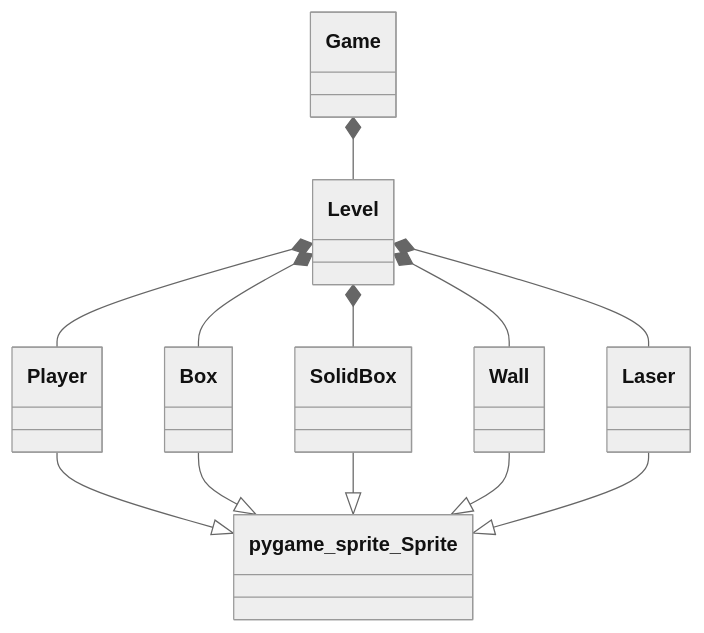
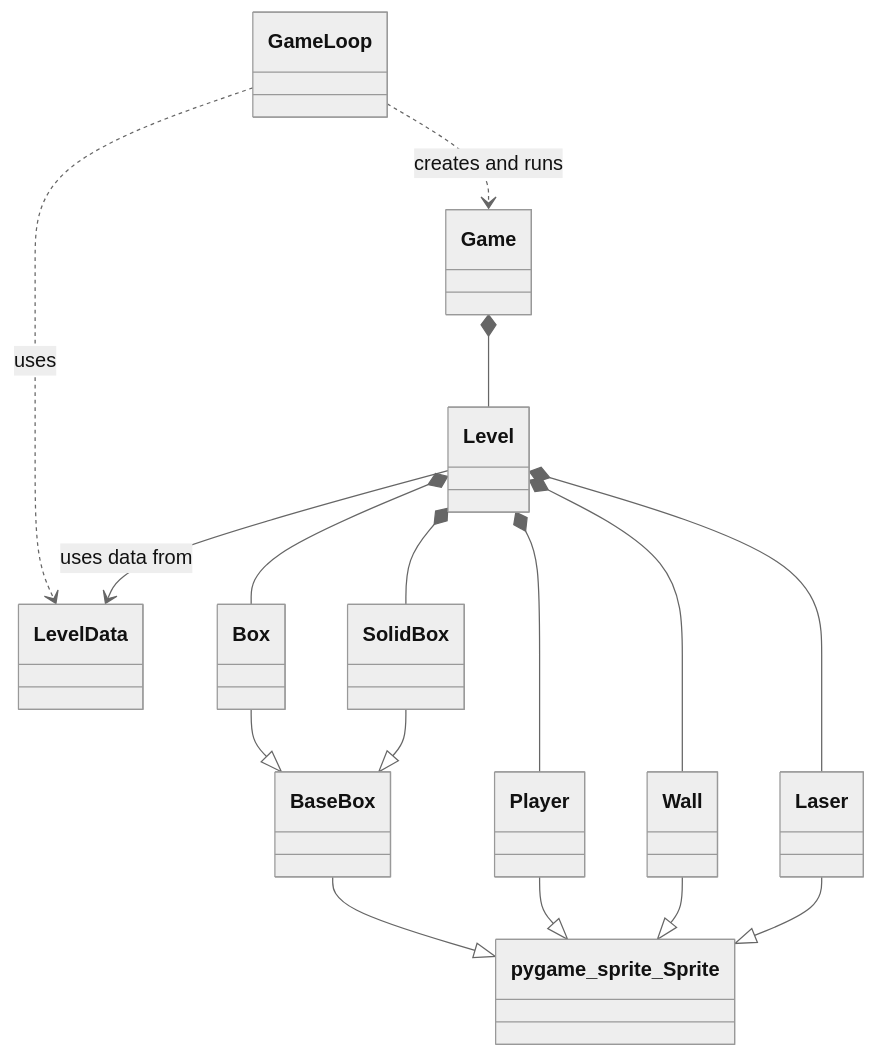
Before and after one commit to ilkkj/ot-harjoitustyo: the first of 2 diagrams in dokumentaatio/arkkitehtuuri.md, drawn with Mermaid (neutral theme). The commit also changed other lines of this file and 26 other files, not shown here.

````diff
--- a/dokumentaatio/arkkitehtuuri.md
+++ b/dokumentaatio/arkkitehtuuri.md
@@ -3,24 +31,33 @@
 ```mermaid
 classDiagram
+    class GameLoop
     class Game
+    class LevelData
     class Level
-    class Player
+    class BaseBox
     class Box
     class SolidBox
     class Wall
     class Laser
+    class Player
     class pygame_sprite_Sprite
 
+    GameLoop ..> Game : creates and runs
+    GameLoop ..> LevelData : uses
+    
     Game *-- Level  
+    Level --> LevelData : uses data from
+    
     Level *-- Player 
     Level *-- Box
     Level *-- SolidBox
     Level *-- Wall
     Level *-- Laser
 
+    BaseBox --|> pygame_sprite_Sprite
+    Box --|> BaseBox
+    SolidBox --|> BaseBox
     Player --|> pygame_sprite_Sprite
-    Box --|> pygame_sprite_Sprite
-    SolidBox --|> pygame_sprite_Sprite
     Wall --|> pygame_sprite_Sprite
     Laser --|> pygame_sprite_Sprite
 ```
````
